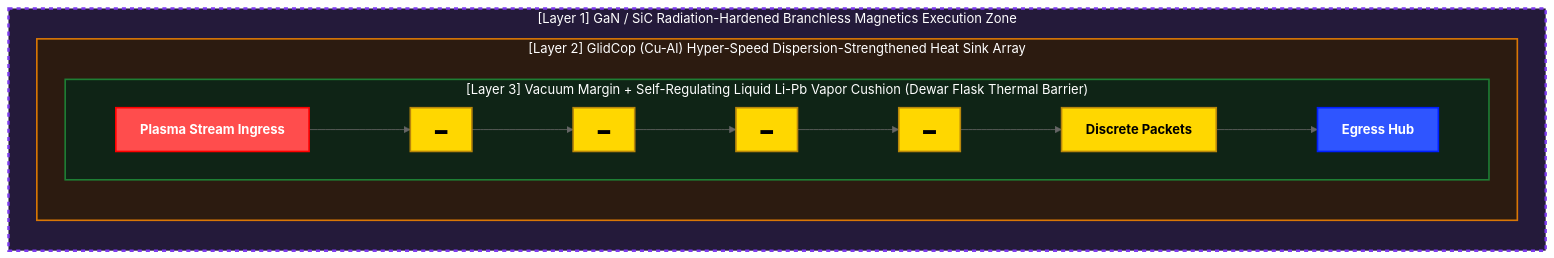
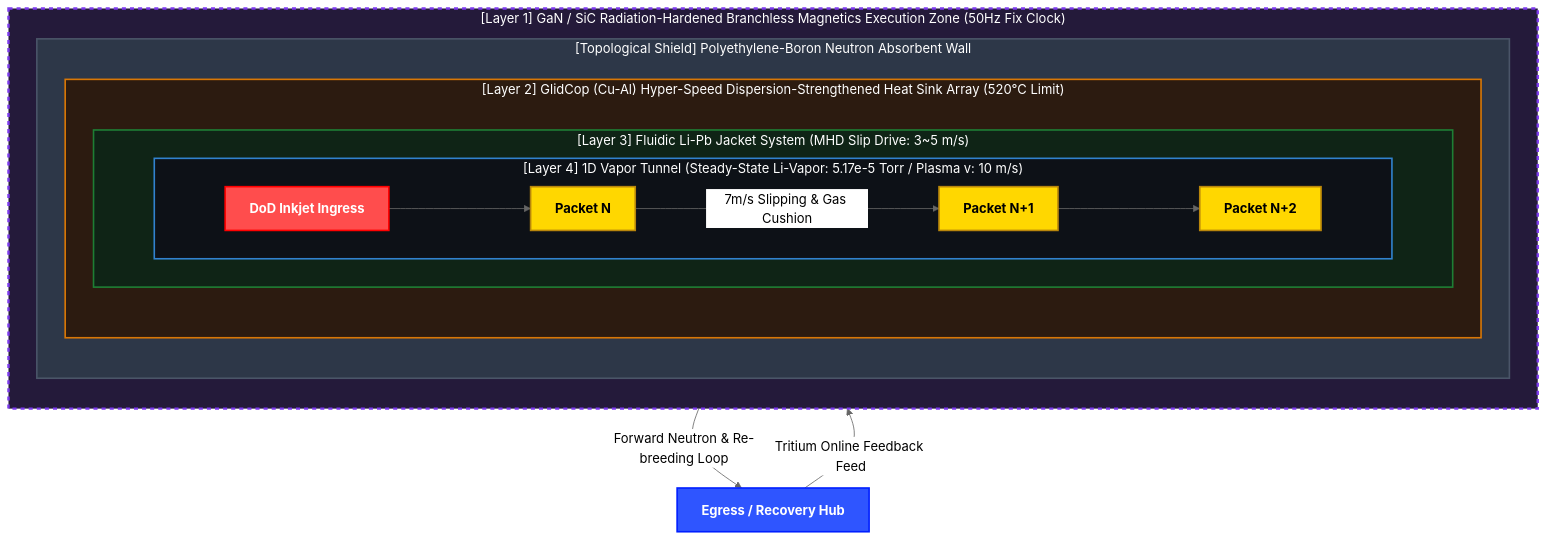
The diagram in docs/System_Specs.md (PJHkorea/discrete-filament-router-KR), drawn with Mermaid (neutral theme) before and after one commit.

````diff
--- a/docs/System_Specs.md
+++ b/docs/System_Specs.md
@@ -31,33 +31,49 @@
 ```mermaid
 graph TB
     %% 스타일 정의
     classDef ingress fill:#FF4D4D,stroke:#FF0000,stroke-width:2px,color:#FFFFFF,font-weight:bold;
     classDef egress fill:#2F55FF,stroke:#001FFF,stroke-width:2px,color:#FFFFFF,font-weight:bold;
     classDef packet fill:#FFD700,stroke:#B8860B,stroke-width:2px,color:#000000,font-weight:bold;
+    classDef shield fill:#718096,stroke:#4A5568,stroke-width:2px,color:#FFFFFF,font-weight:bold;
 
-    %% 최외곽 계층: 전자기 제어존
-    subgraph L1 ["[Layer 1] GaN / SiC Radiation-Hardened Branchless Magnetics Execution Zone"]
+    %% 최외곽 계층: 실리콘 제어단 (중성자 음영 대피 구역)
+    subgraph L1 ["[Layer 1] GaN / SiC Radiation-Hardened Branchless Magnetics Execution Zone (50Hz Fix Clock)"]
         direction TB
         
-        %% 중간 계층: 열 회수 냉각판
-        subgraph L2 ["[Layer 2] GlidCop (Cu-Al) Hyper-Speed Dispersion-Strengthened Heat Sink Array"]
+        %% 중성자 흡수 차폐 장벽 (추가)
+        subgraph L_Shield ["[Topological Shield] Polyethylene-Boron Neutron Absorbent Wall"]
             direction TB
             
-            %% 내부 계층: 리튬 보온병 장벽
-            subgraph L3 ["[Layer 3] Vacuum Margin + Self-Regulating Liquid Li-Pb Vapor Cushion (Dewar Flask Thermal Barrier)"]
-                direction LR
+            %% 중간 계층: 열 회수 냉각판
+            subgraph L2 ["[Layer 2] GlidCop (Cu-Al) Hyper-Speed Dispersion-Strengthened Heat Sink Array (520°C Limit)"]
+                direction TB
                 
-                %% 최중심축: 1D 선형 트랙 파이프라인
-                Ingress[Plasma Stream Ingress] --> P1["▬"] --> P2["▬"] --> P3["▬"] --> P4["▬"] --> Packets[Discrete Packets] --> Egress[Egress Hub]
+                %% 신규 계층: 이중 유속 리튬-납 액체 블랭킷
+                subgraph L3_Jacket ["[Layer 3] Fluidic Li-Pb Jacket System (MHD Slip Drive: 3~5 m/s)"]
+                    direction LR
+                    
+                    %% 최중심축: 1D 이산 터널 (기화 리튬 증기압 가득 참)
+                    subgraph L4_Core ["[Layer 4] 1D Vapor Tunnel (Steady-State Li-Vapor: 5.17e-5 Torr / Plasma v: 10 m/s)"]
+                        direction LR
+                        Ingress[DoD Inkjet Ingress] --> P1["Packet N"] -- "7m/s Slipping & Gas Cushion" --> P2["Packet N+1"] --> P3["Packet N+2"]
+                    end
+                end
             end
         end
     end
 
+    %% 순환 폐루프(Closed-Loop) 시각화 인터록
+    P3 -- "Forward Neutron & Re-breeding Loop" --> Egress[Egress / Recovery Hub]
+    Egress -- "Tritium Online Feedback Feed" --> Ingress
+
     class Ingress ingress;
     class Egress egress;
-    class P1,P2,P3,P4,Packets packet;
+    class P1,P2,P3 packet;
     
     style L1 fill:#241A3A,stroke:#7C3AED,stroke-width:3px,stroke-dasharray: 5 5,color:#FFFFFF;
+    style L_Shield fill:#2D3748,stroke:#4A5568,stroke-width:2px,color:#FFFFFF;
     style L2 fill:#2C1B10,stroke:#D97706,stroke-width:2px,color:#FFFFFF;
-    style L3 fill:#0F2416,stroke:#1E7E34,stroke-width:2px,color:#FFFFFF;
+    style L3_Jacket fill:#0F2416,stroke:#1E7E34,stroke-width:2px,color:#FFFFFF;
+    style L4_Core fill:#0D1117,stroke:#3182CE,stroke-width:2px,color:#FFFFFF;
+
 ```
````
